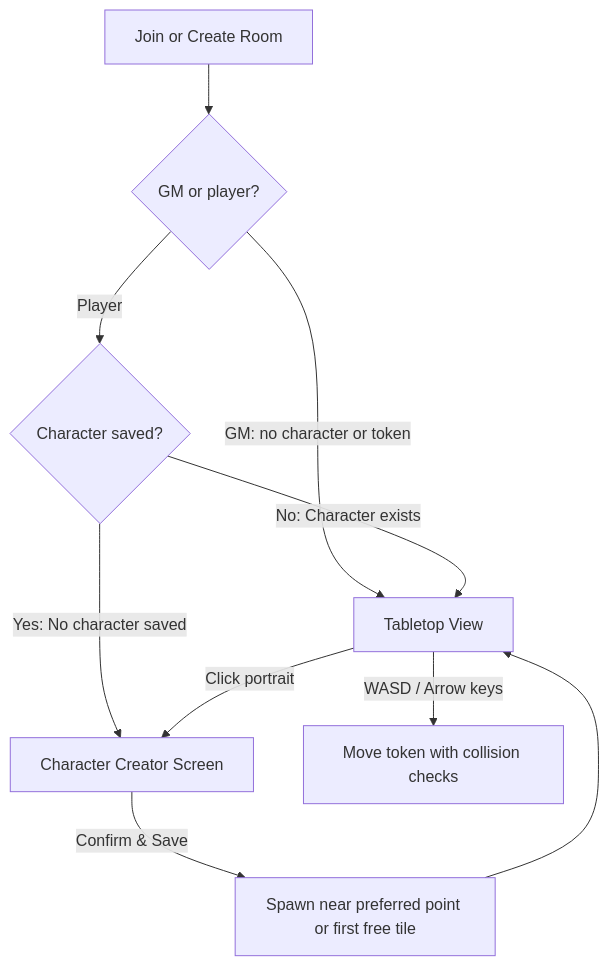
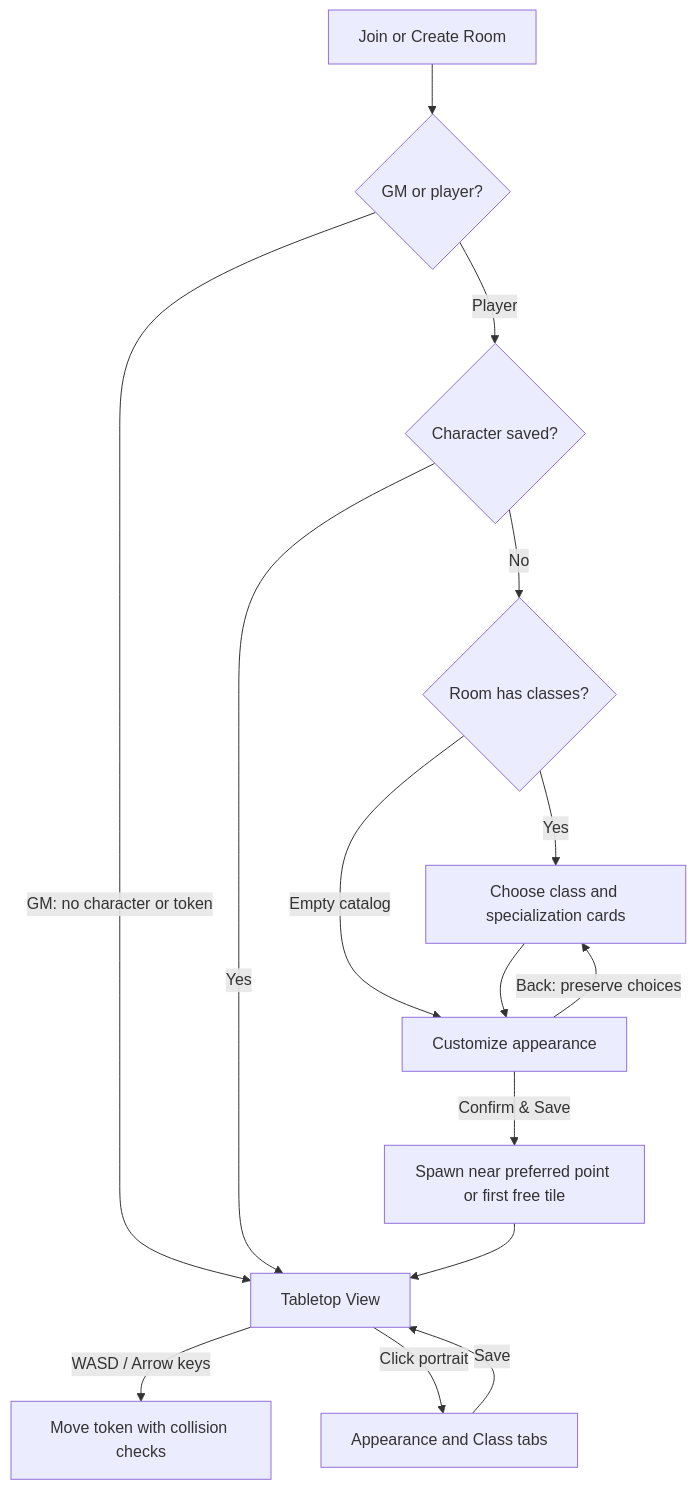
Before and after one commit to weslleych/tavern: the diagram in docs/characters.md, drawn with Mermaid. The commit also changed other lines of this file and 20 other files, not shown here.

Commit message:
feat: implement class onboarding flow and map editor canvas ergonomics

````diff
--- a/docs/characters.md
+++ b/docs/characters.md
@@ -5,12 +5,17 @@
 ```mermaid
 flowchart TD
     Join[Join or Create Room] --> Role{GM or player?}
     Role -->|GM: no character or token| Tabletop
     Role -->|Player| Check{Character saved?}
-    Check -->|Yes: No character saved| Creator[Character Creator Screen]
-    Check -->|No: Character exists| Tabletop[Tabletop View]
+    Check -->|No| Classes{Room has classes?}
+    Check -->|Yes| Tabletop[Tabletop View]
+    Classes -->|Yes| Archetype[Choose class and specialization cards]
+    Classes -->|Empty catalog| Creator[Customize appearance]
+    Archetype --> Creator
+    Creator -->|Back: preserve choices| Archetype
     Creator -->|Confirm & Save| Spawn[Spawn near preferred point or first free tile]
     Spawn --> Tabletop
     Tabletop -->|WASD / Arrow keys| Move[Move token with collision checks]
-    Tabletop -->|Click portrait| Creator
+    Tabletop -->|Click portrait| Editor[Appearance and Class tabs]
+    Editor -->|Save| Tabletop
 ```
````
